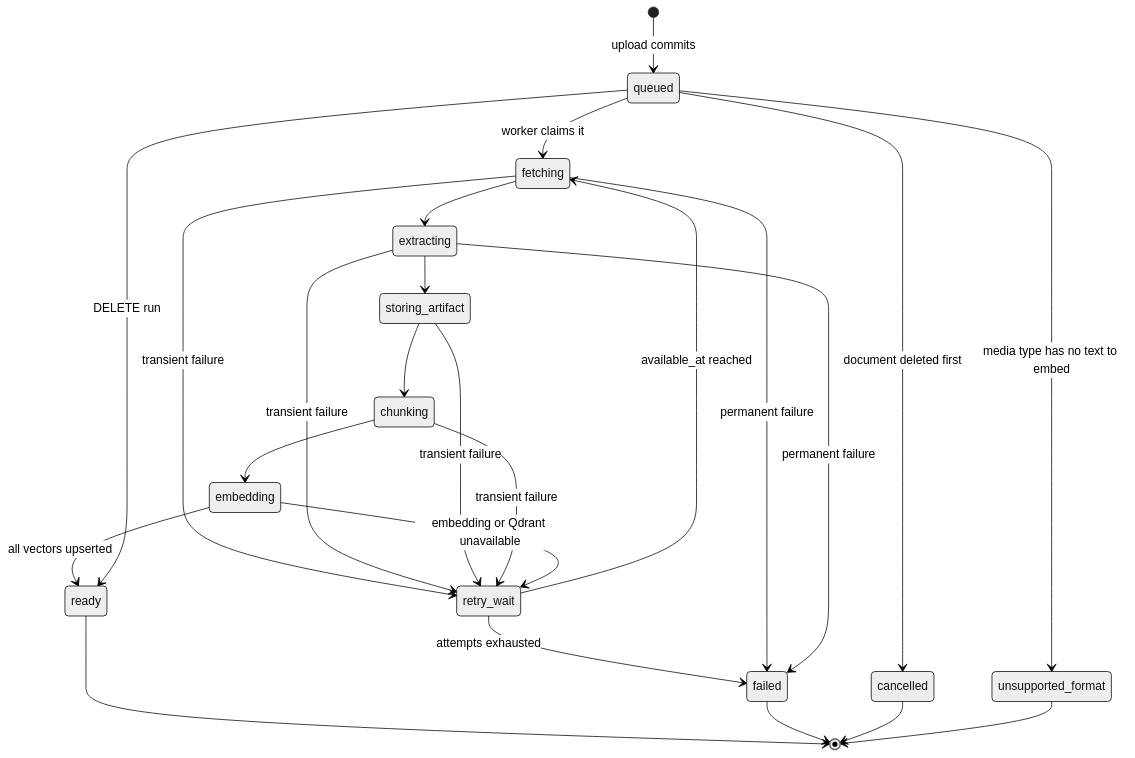
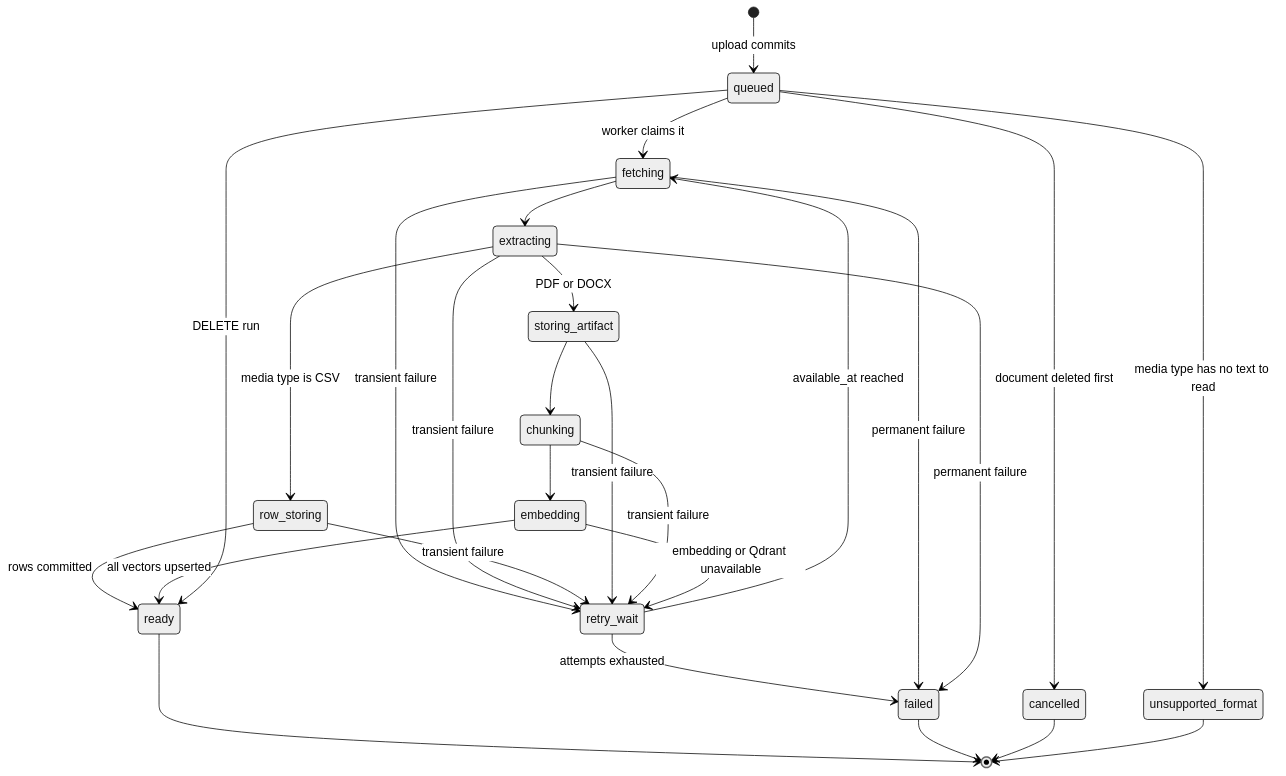
One commit to unedtamps/retriv changed the sixth of 11 diagrams in README.md. Above: the diagram before and after it, drawn with Mermaid (neutral theme). The commit also changed other lines of this file and 26 other files, not shown here.

First line of the commit message:
feat: answer questions over CSV rows with SQL

````diff
--- a/README.md
+++ b/README.md
@@ -209,26 +350,29 @@
 ```mermaid
 stateDiagram-v2
     [*] --> queued: upload commits
     queued --> fetching: worker claims it
-    queued --> unsupported_format: media type has no text to embed
+    queued --> unsupported_format: media type has no text to read
     fetching --> extracting
-    extracting --> storing_artifact
+    extracting --> row_storing: media type is CSV
+    extracting --> storing_artifact: PDF or DOCX
+    row_storing --> ready: rows committed
     storing_artifact --> chunking
     chunking --> embedding
     embedding --> ready: all vectors upserted
     queued --> cancelled: document deleted first
     fetching --> retry_wait: transient failure
     extracting --> retry_wait: transient failure
+    row_storing --> retry_wait: transient failure
     storing_artifact --> retry_wait: transient failure
     chunking --> retry_wait: transient failure
     embedding --> retry_wait: embedding or Qdrant unavailable
     retry_wait --> fetching: available_at reached
     retry_wait --> failed: attempts exhausted
     fetching --> failed: permanent failure
     extracting --> failed: permanent failure
     queued --> ready: DELETE run
     ready --> [*]
     failed --> [*]
     cancelled --> [*]
     unsupported_format --> [*]
 ```
````
